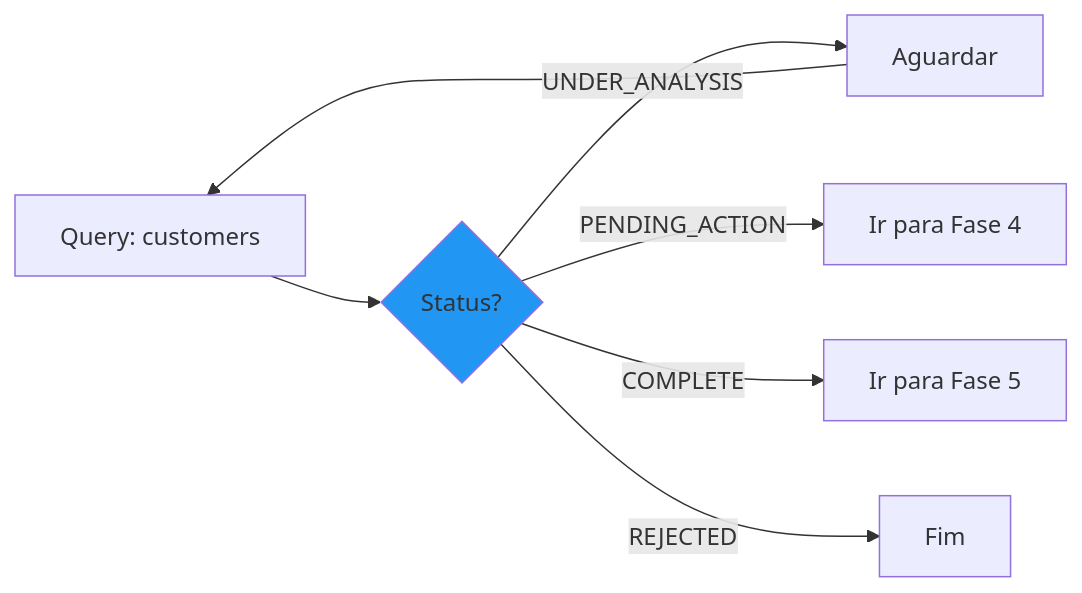
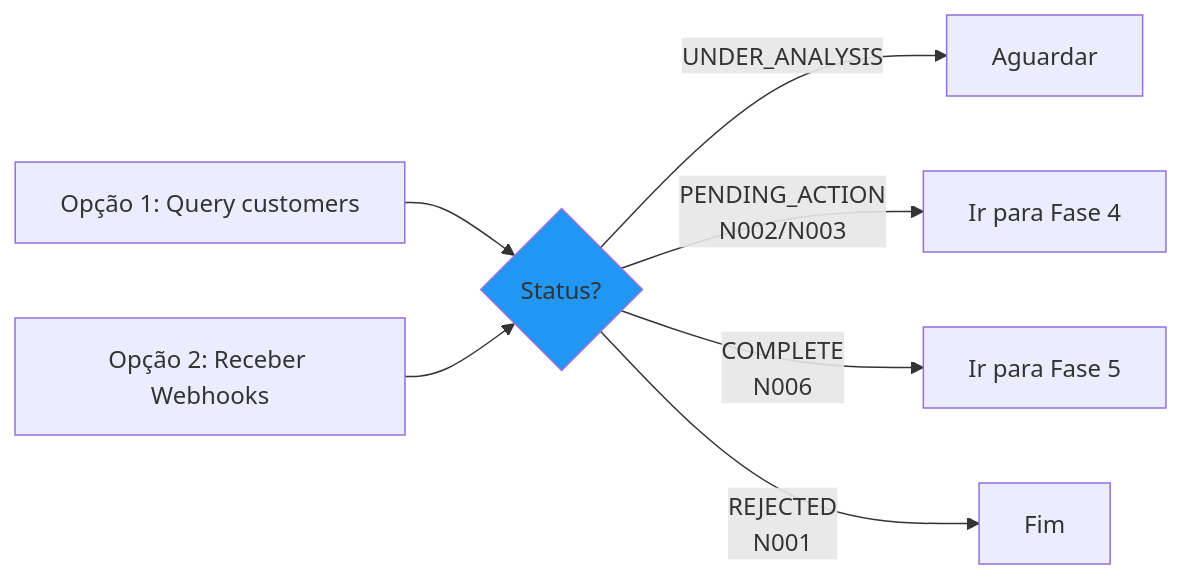
Before and after one commit to LucasEsteves2/Doc_Integra-o_IDeal: the third of 5 diagrams in README.md, drawn with Mermaid.

Commit message:
Update flowchart for status tracking options

````diff
--- a/README.md
+++ b/README.md
@@ -264,11 +264,12 @@
 ```mermaid
 flowchart LR
-    A[Query: customers] --> B{Status?}
-    B -->|UNDER_ANALYSIS| C[Aguardar]
-    B -->|PENDING_ACTION| D[Ir para Fase 4]
-    B -->|COMPLETE| E[Ir para Fase 5]
-    B -->|REJECTED| F[Fim]
-    C --> A
+    Q[Opção 1: Query customers] --> Status{Status?}
+    W[Opção 2: Receber Webhooks] --> Status
     
-    style B fill:#2196F3
+    Status -->|UNDER_ANALYSIS| Wait[Aguardar]
+    Status -->|PENDING_ACTION<br/>N002/N003| Phase4[Ir para Fase 4]
+    Status -->|COMPLETE<br/>N006| Phase5[Ir para Fase 5]
+    Status -->|REJECTED<br/>N001| End[Fim]
+    
+    style Status fill:#2196F3
 ```
````
